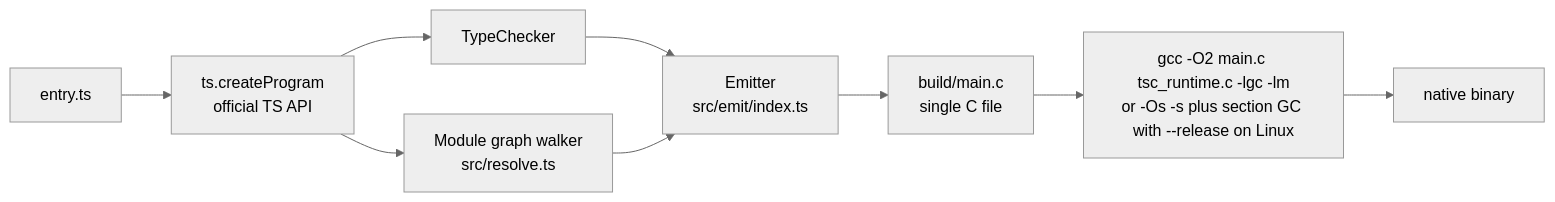
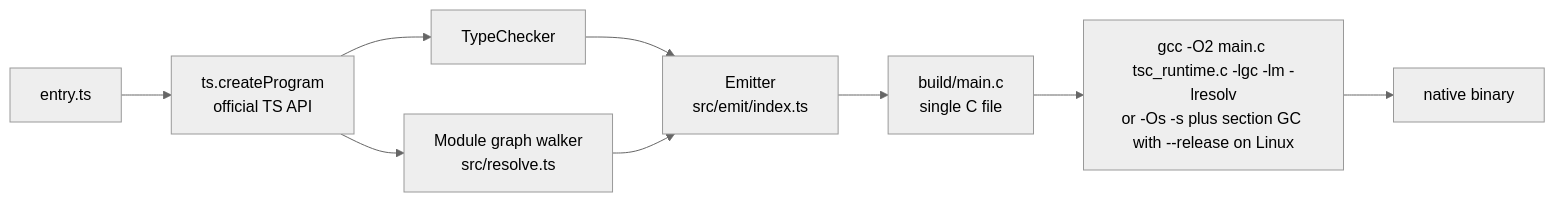
Before and after one commit to adamdroberts/TypeScriptCTranspiler: the first of 7 diagrams in docs/architecture.md, drawn with Mermaid (neutral theme). The commit also changed 12 other files, not shown here.

````diff
--- a/docs/architecture.md
+++ b/docs/architecture.md
@@ -7,12 +7,12 @@
 ```mermaid
 flowchart LR
     A[entry.ts]
     A --> B[ts.createProgram<br/>official TS API]
     B --> C[TypeChecker]
     B --> D[Module graph walker<br/>src/resolve.ts]
     C --> E
     D --> E[Emitter<br/>src/emit/index.ts]
     E --> F[build/main.c<br/>single C file]
-    F --> G[gcc -O2 main.c tsc_runtime.c -lgc -lm<br/>or -Os -s plus section GC with --release on Linux]
+    F --> G[gcc -O2 main.c tsc_runtime.c -lgc -lm -lresolv<br/>or -Os -s plus section GC with --release on Linux]
     G --> H[native binary]
 ```
````
